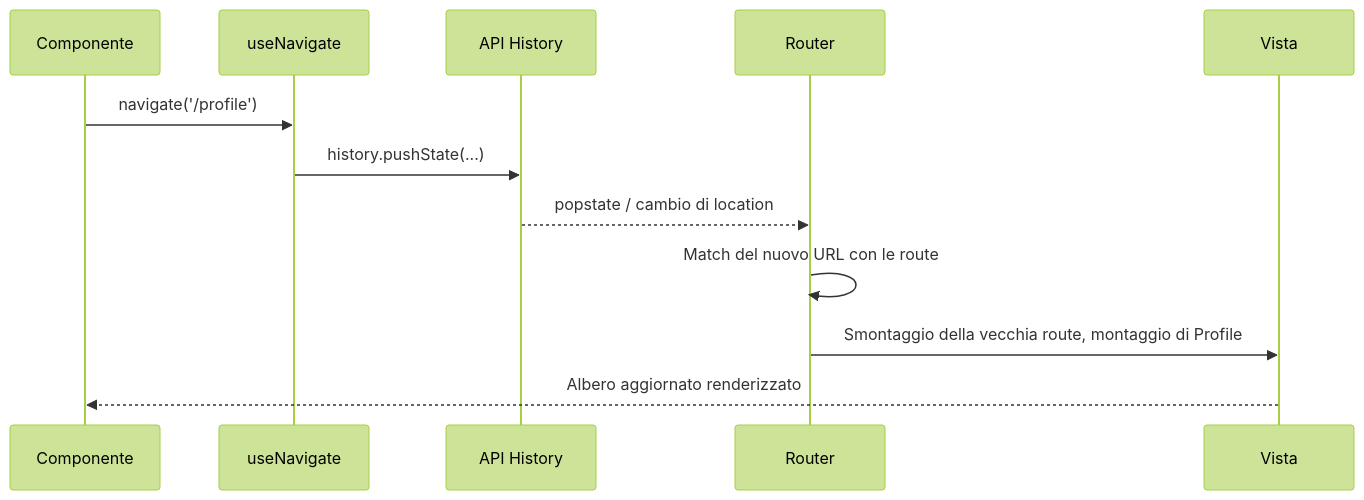
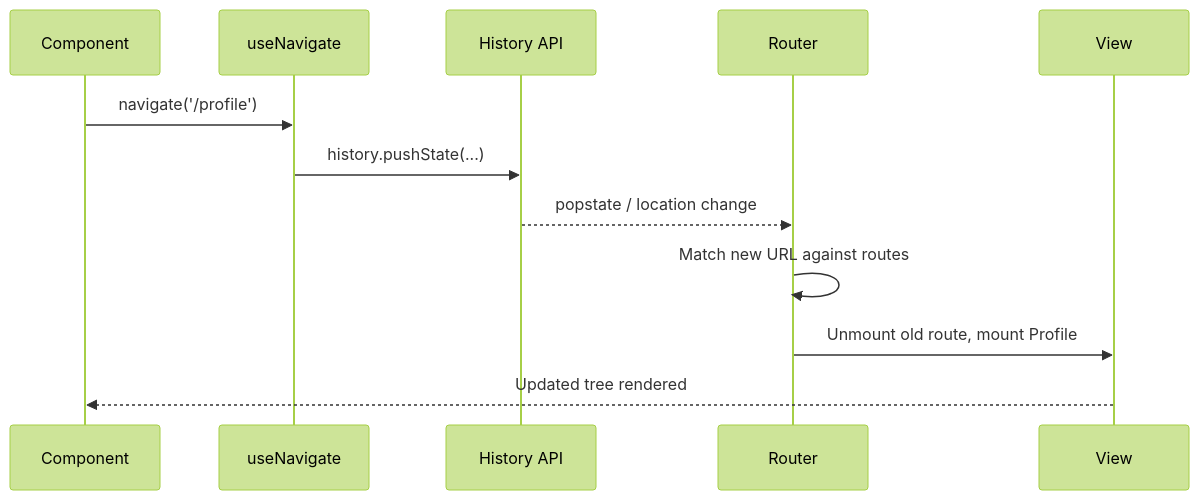
The fifth of 6 diagrams in arguments/chapters/it/05-routing.md (BabaScience/react-guides), drawn with Mermaid (forest theme) before and after one commit. The commit also changed other lines of this file and 29 other files, not shown here.

First line of the commit message:
Bring React FR/IT translations to full English parity + theme-safe diagrams

````diff
--- a/arguments/chapters/it/05-routing.md
+++ b/arguments/chapters/it/05-routing.md
@@ -245,15 +1364,15 @@
 ```mermaid
 sequenceDiagram
-    participant C as Componente
+    participant C as Component
     participant N as useNavigate
-    participant H as API History
+    participant H as History API
     participant R as Router
-    participant V as Vista
+    participant V as View
 
     C->>N: navigate('/profile')
     N->>H: history.pushState(...)
-    H-->>R: popstate / cambio di location
-    R->>R: Match del nuovo URL con le route
-    R->>V: Smontaggio della vecchia route, montaggio di Profile
-    V-->>C: Albero aggiornato renderizzato
+    H-->>R: popstate / location change
+    R->>R: Match new URL against routes
+    R->>V: Unmount old route, mount Profile
+    V-->>C: Updated tree rendered
 ```
````
